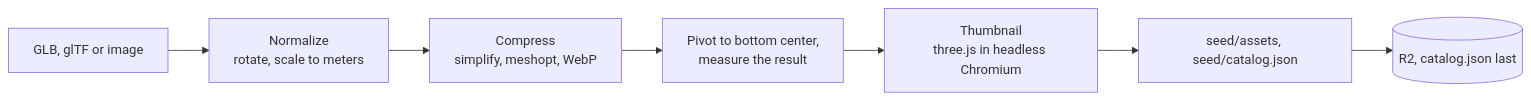
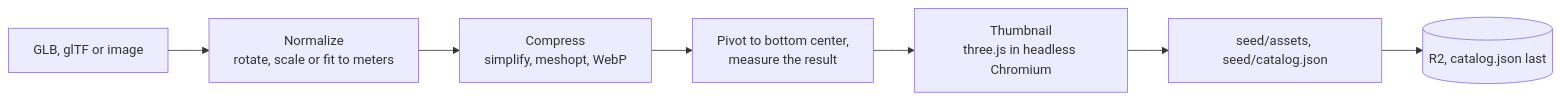
The seventh of 7 diagrams in docs/SYSTEM_DESIGN.md (davidopluslau/whimsy-forge), drawn with Mermaid before and after one commit. The commit also changed other lines of this file and 7 other files, not shown here.

````diff
--- a/docs/SYSTEM_DESIGN.md
+++ b/docs/SYSTEM_DESIGN.md
@@ -343,9 +343,9 @@
 ```mermaid
 flowchart LR
-    src["GLB, glTF or image"] --> norm["Normalize<br/>rotate, scale to meters"]
+    src["GLB, glTF or image"] --> norm["Normalize<br/>rotate, scale or fit to meters"]
     norm --> comp["Compress<br/>simplify, meshopt, WebP"]
     comp --> pivot["Pivot to bottom center,<br/>measure the result"]
     pivot --> thumb["Thumbnail<br/>three.js in headless Chromium"]
     thumb --> seed["seed/assets, seed/catalog.json"]
     seed --> r2[("R2, catalog.json last")]
 ```
````
